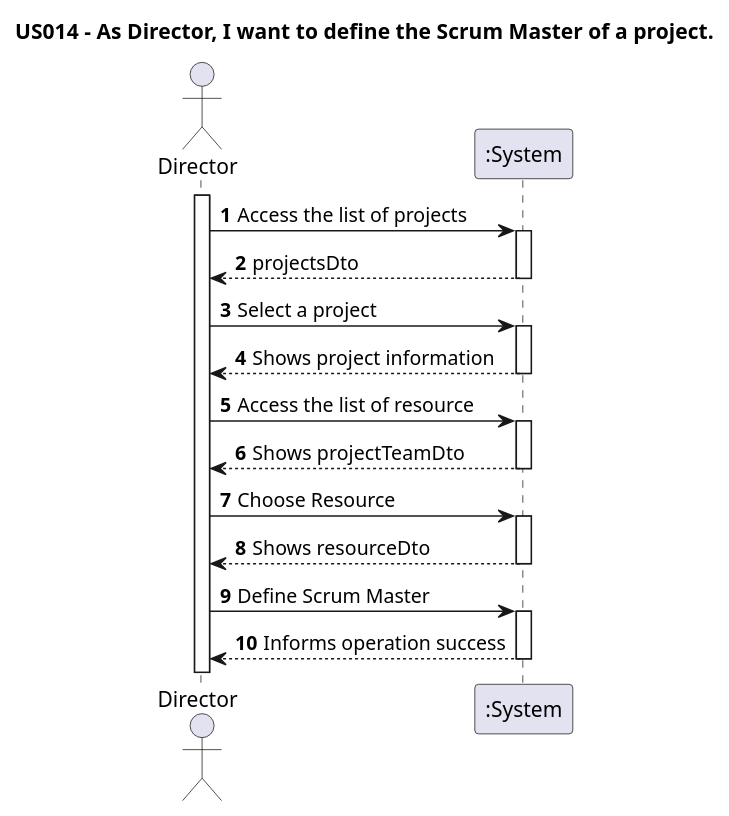
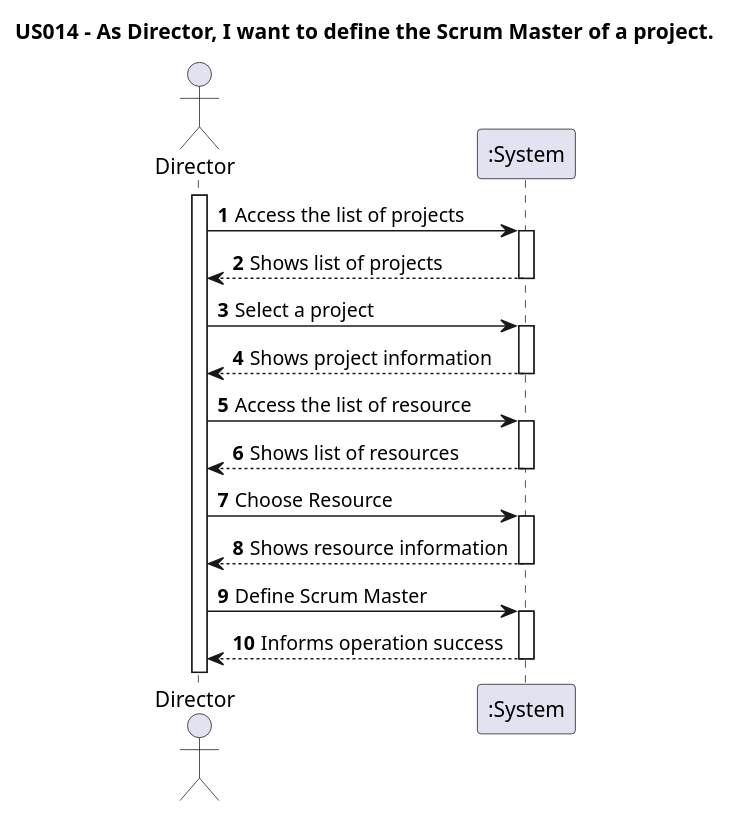
Before and after one commit to nunogon1211787/projectManagement: the diagram in docs/Sprint2/US014/US014-SSD.puml, drawn with PlantUML. The commit also changed 5 other files, not shown here.

```diff
--- a/docs/Sprint2/US014/US014-SSD.puml
+++ b/docs/Sprint2/US014/US014-SSD.puml
@@ -1,24 +1,24 @@
 @startuml
 
 title "US014 - As Director, I want to define the Scrum Master of a project."
 autoactivate on
 autonumber
 
 actor "Director" as Director
 participant ":System" as System
 
 activate Director
 
 Director -> System: Access the list of projects
-System --> Director: projectsDto
+System --> Director: Shows list of projects
 Director -> System: Select a project
 System --> Director: Shows project information
 Director -> System: Access the list of resource
-System --> Director: Shows projectTeamDto
+System --> Director: Shows list of resources
 Director -> System: Choose Resource
-System --> Director: Shows resourceDto
+System --> Director: Shows resource information
 Director -> System: Define Scrum Master
 System --> Director: Informs operation success
 
 
 @enduml
```
